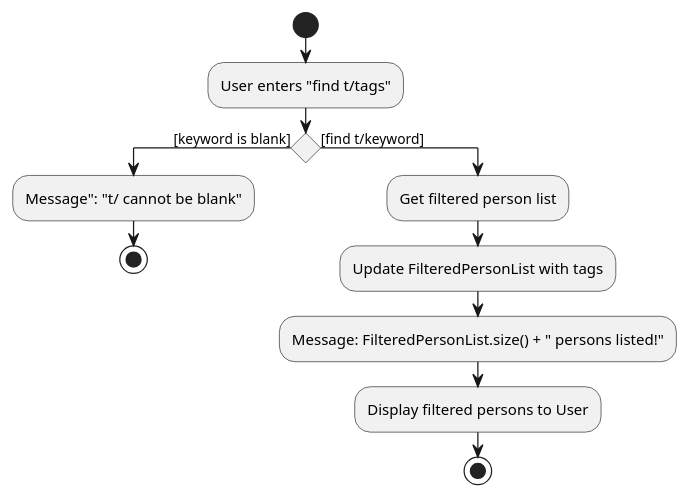
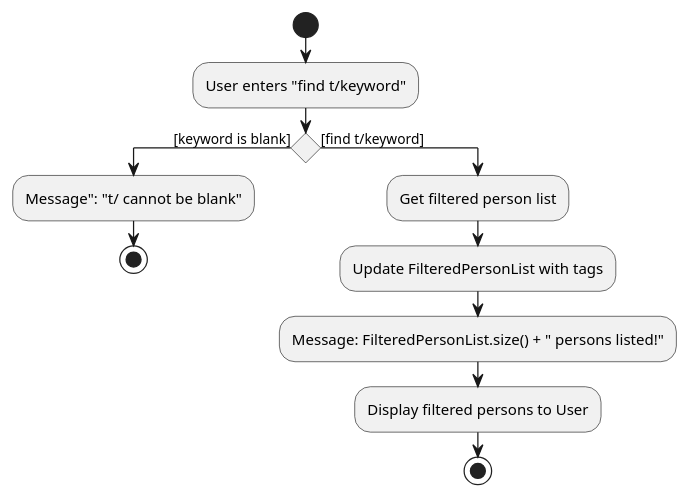
The diagram in docs/diagrams/FindActivityDiagram.puml (delonlee01/tp), drawn with PlantUML before and after one commit.

```diff
--- a/docs/diagrams/FindActivityDiagram.puml
+++ b/docs/diagrams/FindActivityDiagram.puml
@@ -1,17 +1,17 @@
 @startuml
 start
 
-:User enters "find t/tags";
+:User enters "find t/keyword";
 if () then ([keyword is blank])
     :Message": "t/ cannot be blank";
     stop
 else ([find t/keyword])
     :Get filtered person list;
 
     :Update FilteredPersonList with tags;
 
     :Message: FilteredPersonList.size() + " persons listed!";
 
     :Display filtered persons to User;
     stop
 @enduml
```
